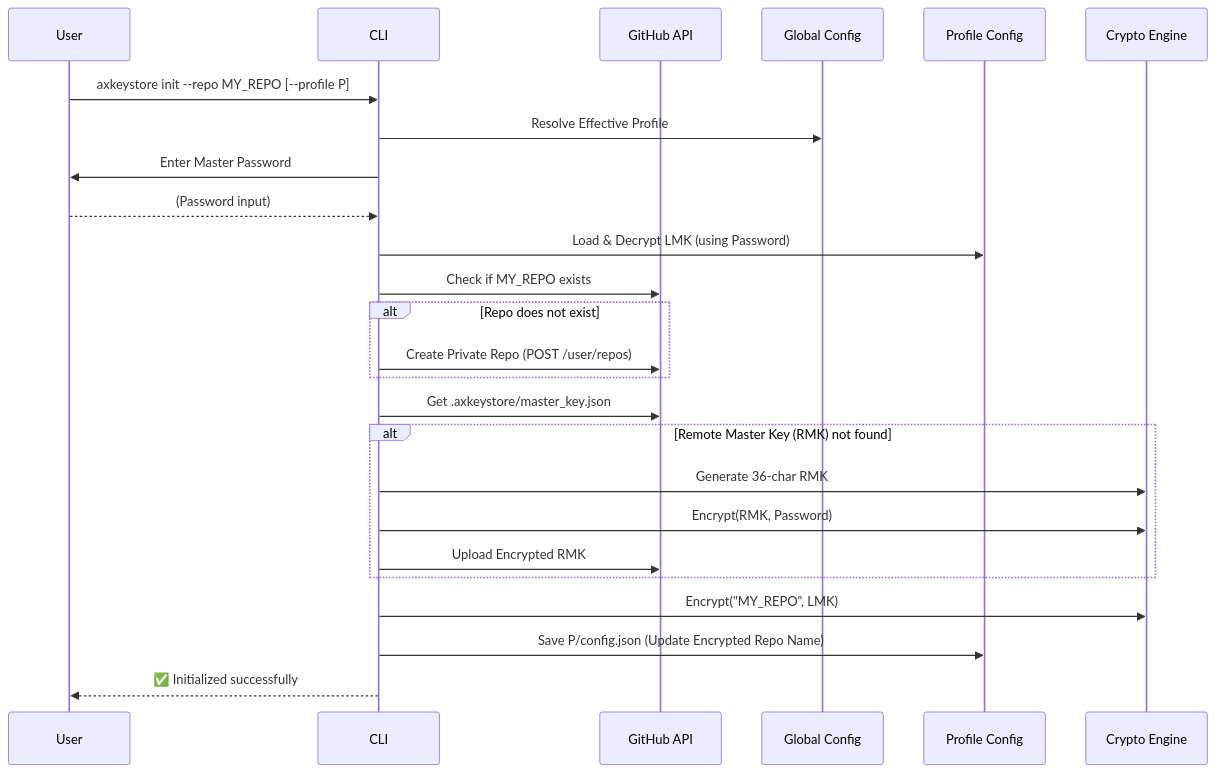
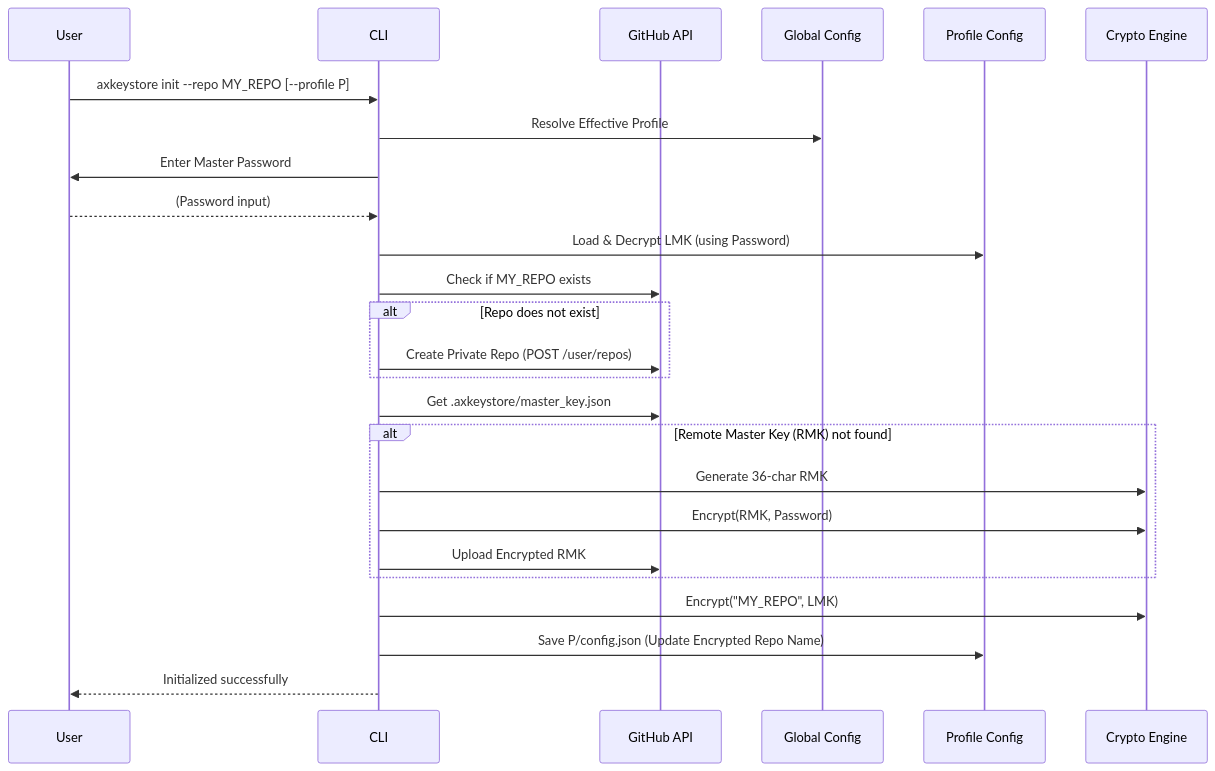
Before and after one commit to basilgregory/axkeystore: the second of 8 diagrams in README.md, drawn with Mermaid. The commit also changed other lines of this file and 4 other files, not shown here.

````diff
--- a/README.md
+++ b/README.md
@@ -335,28 +335,28 @@
 ```mermaid
 sequenceDiagram
     participant U as User
     participant C as CLI
     participant G as GitHub API
     participant GC as Global Config
     participant PC as Profile Config
     participant CR as Crypto Engine
 
     U->>C: axkeystore init --repo MY_REPO [--profile P]
     C->>GC: Resolve Effective Profile
     C->>U: Enter Master Password
     U-->>C: (Password input)
     C->>PC: Load & Decrypt LMK (using Password)
     C->>G: Check if MY_REPO exists
     alt Repo does not exist
         C->>G: Create Private Repo (POST /user/repos)
     end
     C->>G: Get .axkeystore/master_key.json
     alt Remote Master Key (RMK) not found
         C->>CR: Generate 36-char RMK
         C->>CR: Encrypt(RMK, Password)
         C->>G: Upload Encrypted RMK
     end
     C->>CR: Encrypt("MY_REPO", LMK)
     C->>PC: Save P/config.json (Update Encrypted Repo Name)
-    C-->>U: ✅ Initialized successfully
+    C-->>U: Initialized successfully
 ```
````
